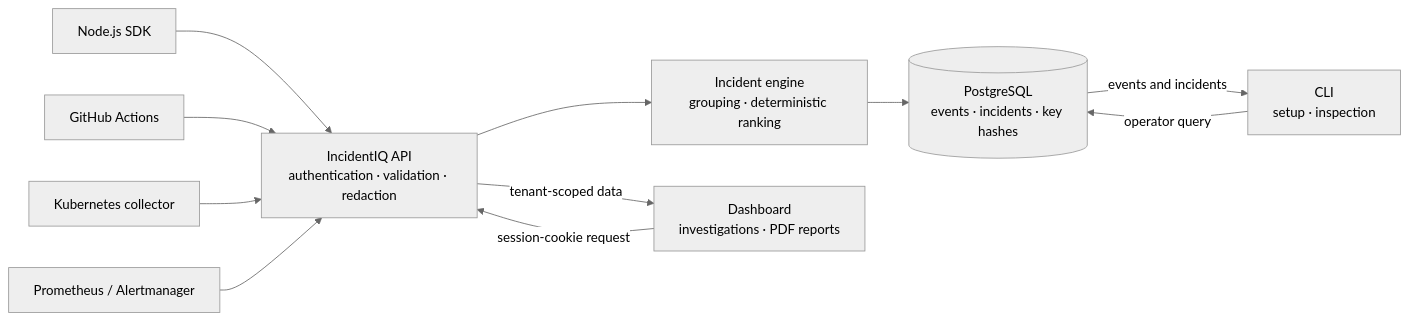
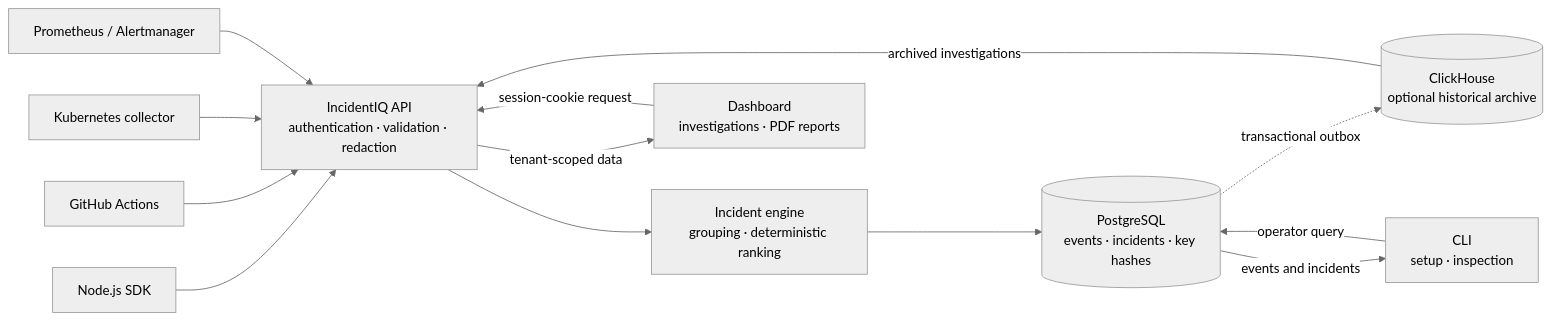
One commit to Shreyanshi200/IncidentIQ changed the diagram in README.md. Above: the diagram before and after it, drawn with Mermaid (neutral theme). The commit also changed other lines of this file and 37 other files, not shown here.

````diff
--- a/README.md
+++ b/README.md
@@ -156,24 +157,27 @@
 ```mermaid
 flowchart LR
   SDK[Node.js SDK]
   GHA[GitHub Actions]
   K8S[Kubernetes collector]
   AM[Prometheus / Alertmanager]
 
   API[IncidentIQ API<br/>authentication · validation · redaction]
   ENGINE[Incident engine<br/>grouping · deterministic ranking]
   DB[(PostgreSQL<br/>events · incidents · key hashes)]
+  CH[(ClickHouse<br/>optional historical archive)]
   DASH[Dashboard<br/>investigations · PDF reports]
   CLI[CLI<br/>setup · inspection]
 
   SDK --> API
   GHA --> API
   K8S --> API
   AM --> API
   API --> ENGINE
   ENGINE --> DB
+  DB -.->|transactional outbox| CH
+  CH -->|archived investigations| API
   DASH -->|session-cookie request| API
   API -->|tenant-scoped data| DASH
   CLI -->|operator query| DB
   DB -->|events and incidents| CLI
 ```
````
